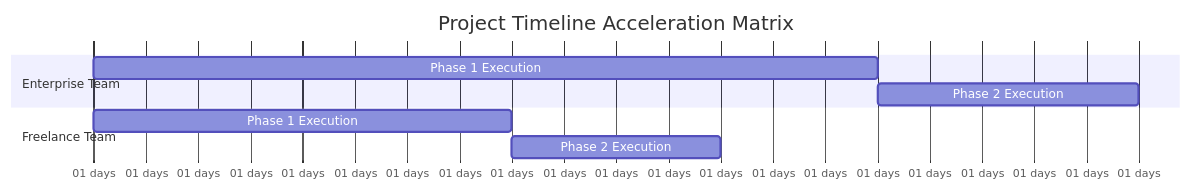
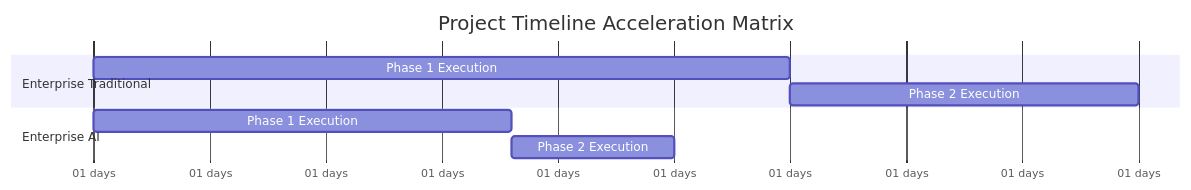
Before and after one commit to hainguyen81/ai-scraper: the second of 3 diagrams in sources/agents/estimation/agent_estimator.prompt.user.md, drawn with Mermaid. The commit also changed other lines of this file and 1 other file, not shown here.

````diff
--- a/sources/agents/estimation/agent_estimator.prompt.user.md
+++ b/sources/agents/estimation/agent_estimator.prompt.user.md
@@ -123,14 +141,12 @@
 ```mermaid
 gantt
-    title Project Timeline Acceleration Matrix
-    dateFormat  X
-    axisFormat %d days
-    
-    section Enterprise Team
-    Phase 1 Execution :ent_p1, 0, 15
-    Phase 2 Execution :ent_p2, after ent_p1, 20
-    
-    section Freelance Team
-    Phase 1 Execution :free_p1, 0, 8
-    Phase 2 Execution :free_p2, after free_p1, 12
+title Project Timeline Acceleration Matrix
+dateFormat X
+axisFormat %d days
+section Enterprise Traditional
+Phase 1 Execution :ent_p1, 0, 30
+Phase 2 Execution :ent_p2, after ent_p1, 45
+section Enterprise AI
+Phase 1 Execution :ent_ai1, 0, 18
+Phase 2 Execution :ent_ai2, after ent_ai1, 25
 ```
````
